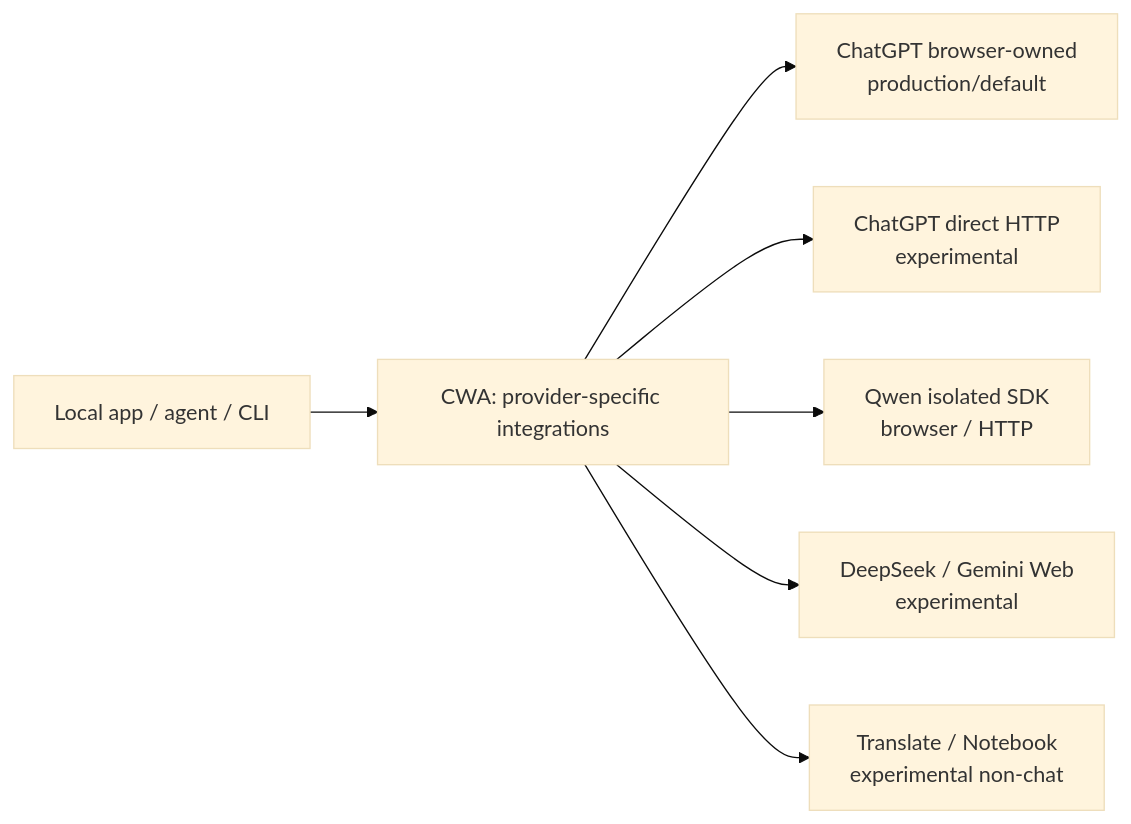
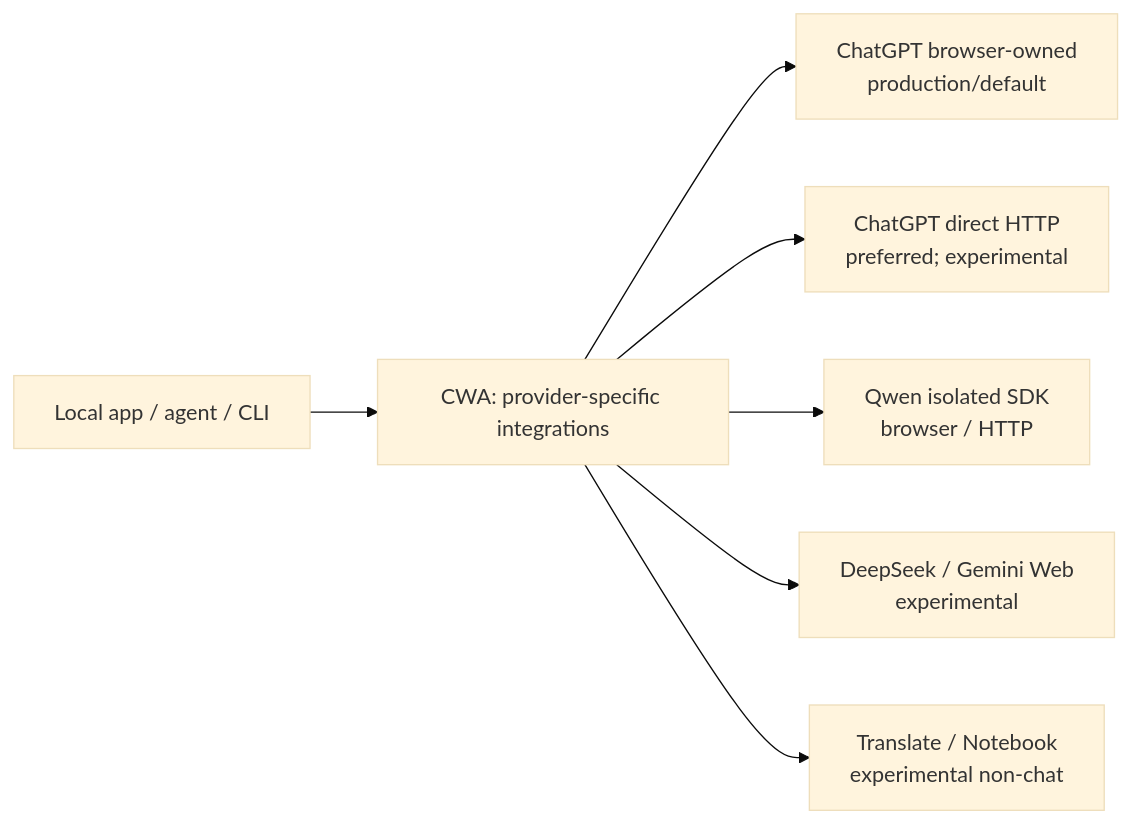
Before and after one commit to kymuco/chatgpt-web-adapter: the diagram in README.md, drawn with Mermaid (base theme). The commit also changed other lines of this file, not shown here.

Commit message:
docs: recommend ChatGPT Direct HTTP and retain browser-owned alternative (#237)

````diff
--- a/README.md
+++ b/README.md
@@ -133,9 +183,9 @@
 ```mermaid
 flowchart LR
     APP["Local app / agent / CLI"] --> CWA["CWA: provider-specific integrations"]
     CWA --> CB["ChatGPT browser-owned<br/>production/default"]
-    CWA --> CH["ChatGPT direct HTTP<br/>experimental"]
+    CWA --> CH["ChatGPT direct HTTP<br/>preferred; experimental"]
     CWA --> Q["Qwen isolated SDK<br/>browser / HTTP"]
     CWA --> DG["DeepSeek / Gemini Web<br/>experimental"]
     CWA --> NC["Translate / Notebook<br/>experimental non-chat"]
 ```
````
